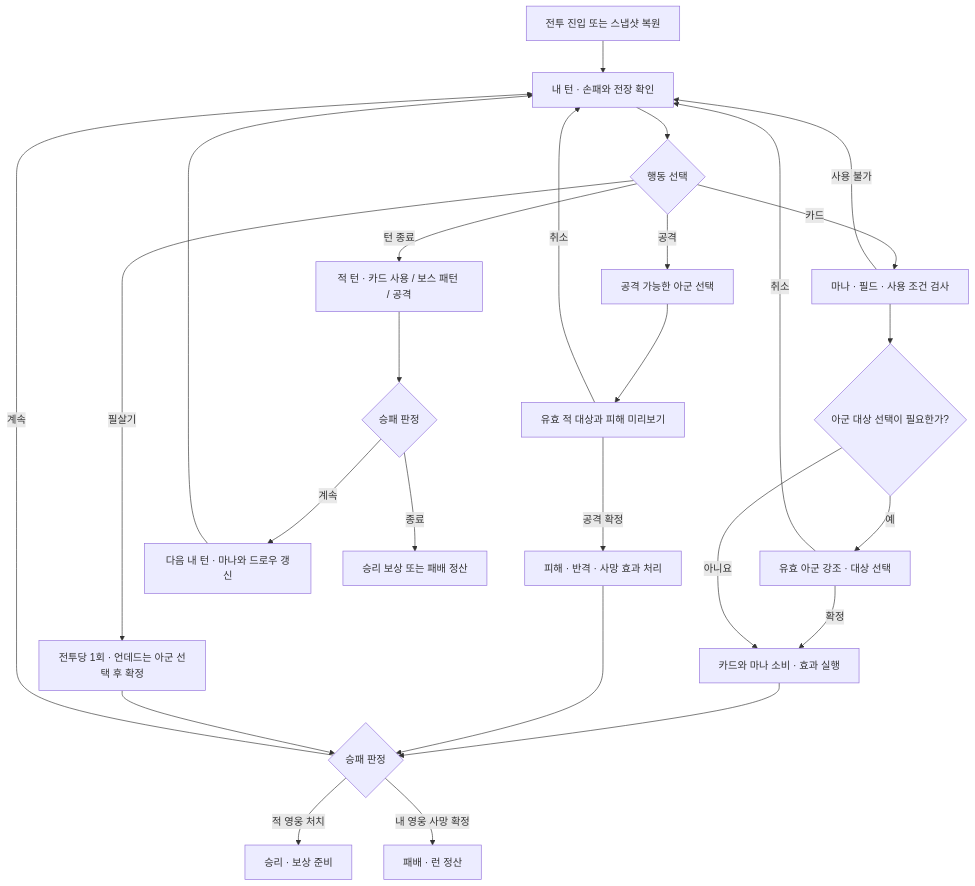
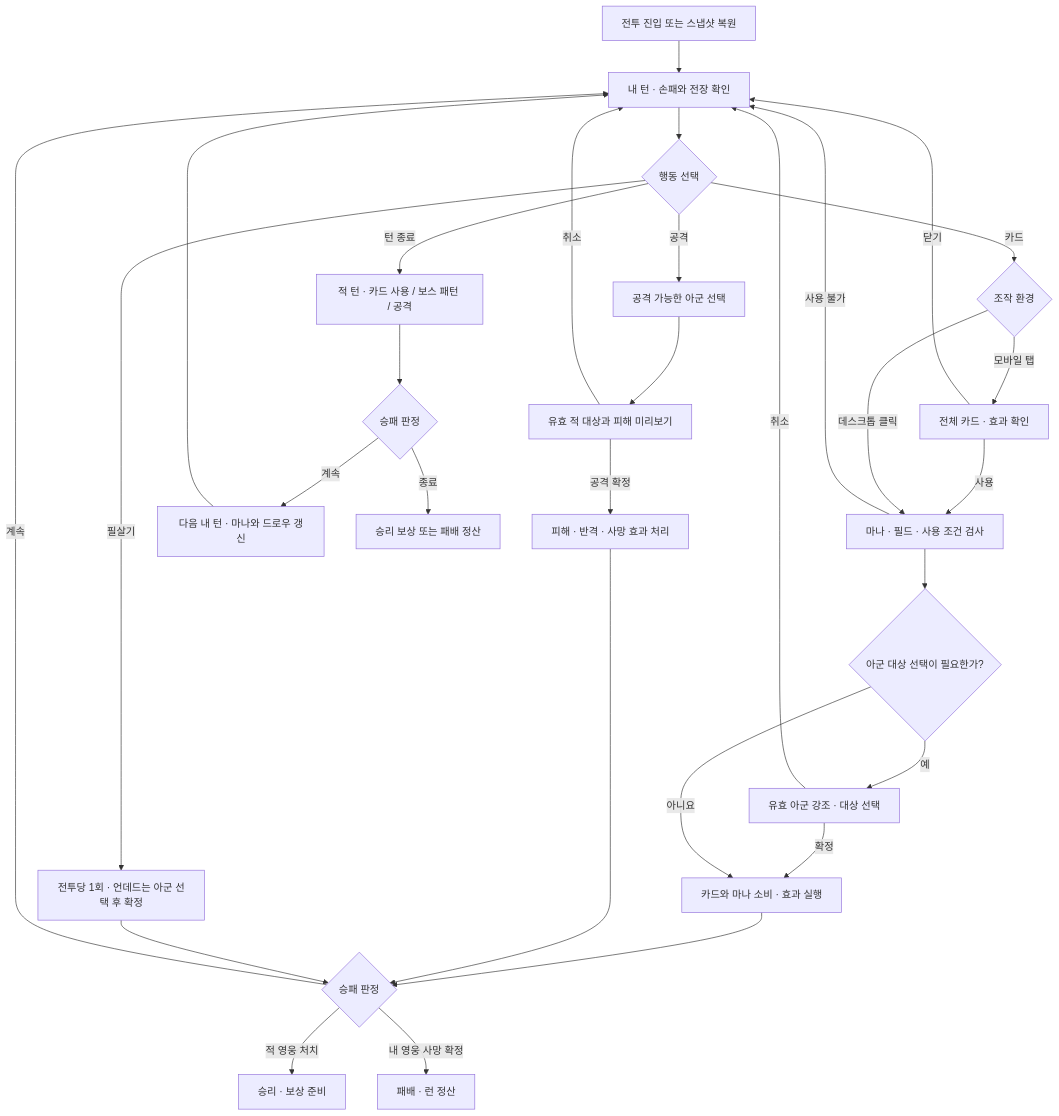
One commit to junho0831/card_draft changed the third of 4 diagrams in docs/service-flow.md. Above: the diagram before and after it, drawn with Mermaid. The commit also changed other lines of this file and 26 other files, not shown here.

````diff
--- a/docs/service-flow.md
+++ b/docs/service-flow.md
@@ -77,28 +77,32 @@
 ```mermaid
 flowchart TD
     Enter[전투 진입 또는 스냅샷 복원] --> Turn[내 턴 · 손패와 전장 확인]
     Turn --> Action{행동 선택}
-    Action -->|카드| Card[마나 · 필드 · 사용 조건 검사]
+    Action -->|카드| Input{조작 환경}
+    Input -->|모바일 탭| Detail[전체 카드 · 효과 확인]
+    Detail -->|닫기| Turn
+    Detail -->|사용| Card[마나 · 필드 · 사용 조건 검사]
+    Input -->|데스크톱 클릭| Card
     Card --> Need{아군 대상 선택이 필요한가?}
     Need -->|예| Target[유효 아군 강조 · 대상 선택]
     Target -->|취소| Turn
     Target -->|확정| Resolve[카드와 마나 소비 · 효과 실행]
     Need -->|아니요| Resolve
     Card -->|사용 불가| Turn
     Action -->|공격| Ally[공격 가능한 아군 선택]
     Ally --> Enemy[유효 적 대상과 피해 미리보기]
     Enemy -->|취소| Turn
     Enemy -->|공격 확정| Hit[피해 · 반격 · 사망 효과 처리]
     Action -->|필살기| Power[전투당 1회 · 언데드는 아군 선택 후 확정]
     Resolve --> Check{승패 판정}
     Hit --> Check
     Power --> Check
     Check -->|적 영웅 처치| Win[승리 · 보상 준비]
     Check -->|내 영웅 사망 확정| Loss[패배 · 런 정산]
     Check -->|계속| Turn
     Action -->|턴 종료| EnemyTurn[적 턴 · 카드 사용 / 보스 패턴 / 공격]
     EnemyTurn --> EnemyCheck{승패 판정}
     EnemyCheck -->|계속| Next[다음 내 턴 · 마나와 드로우 갱신]
     EnemyCheck -->|종료| Outcome[승리 보상 또는 패배 정산]
     Next --> Turn
 ```
````
